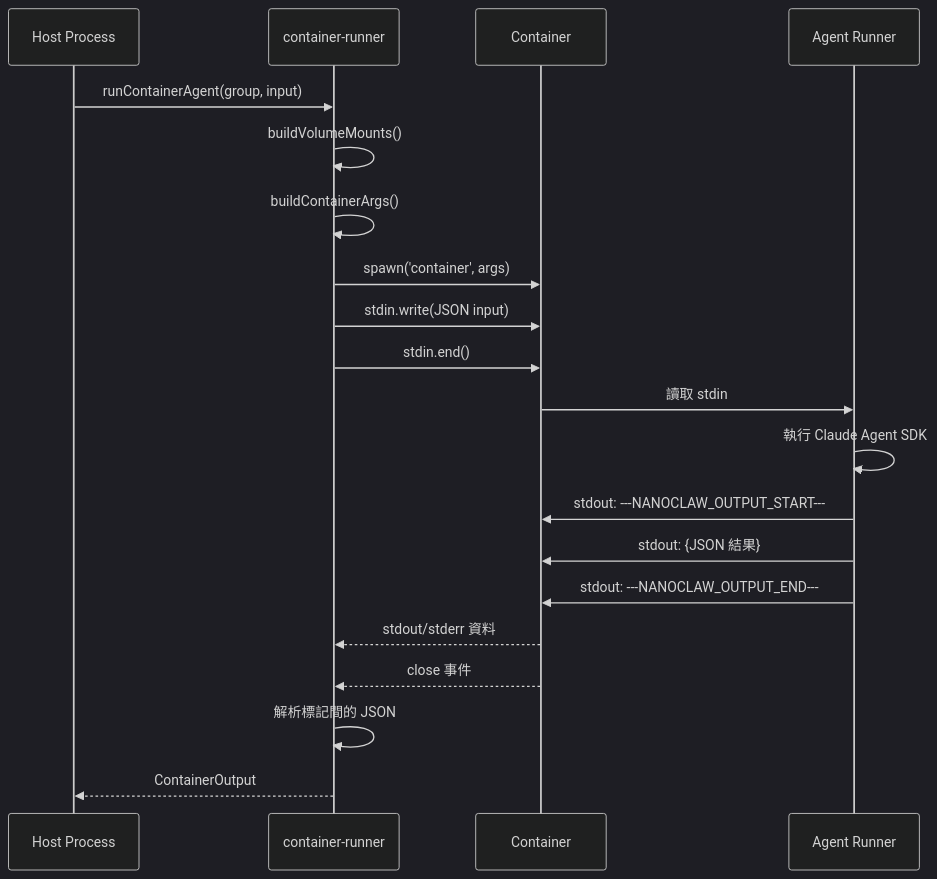
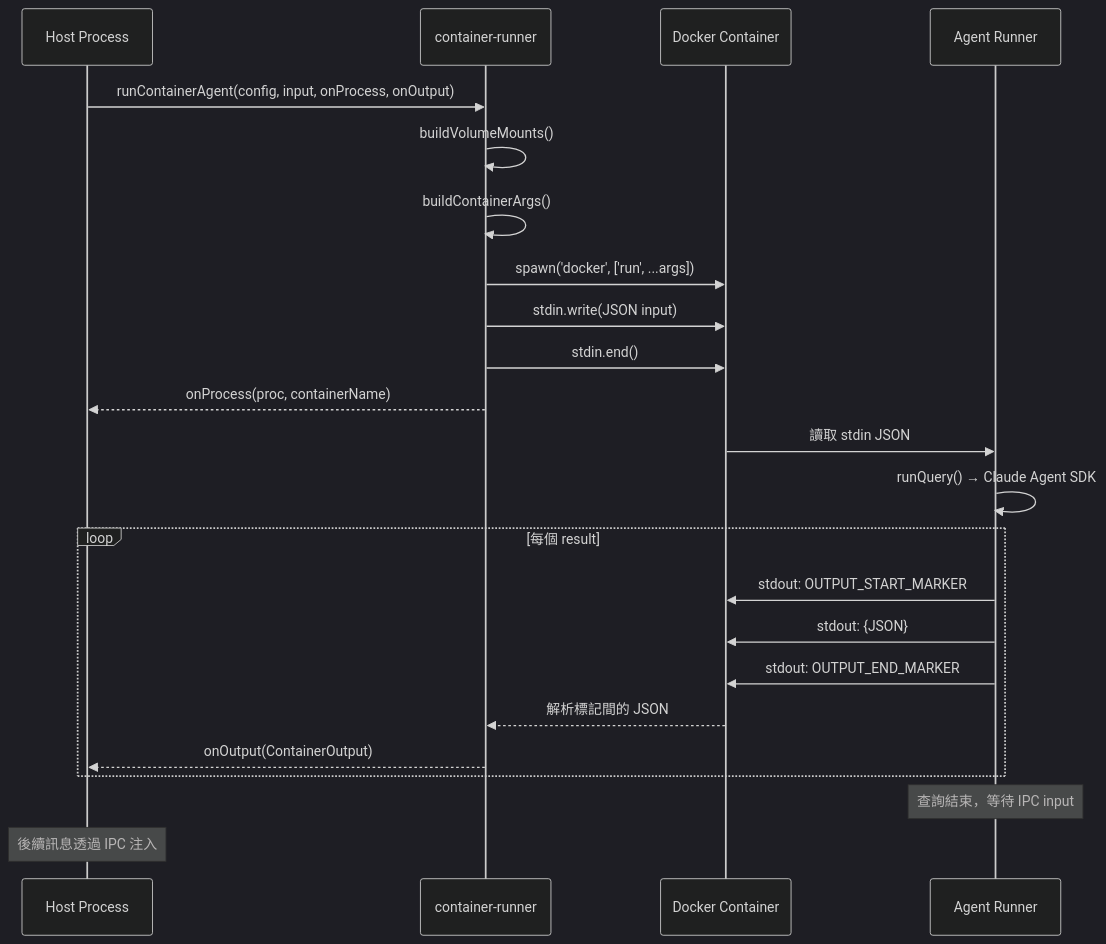
One commit to shunwork/nanoclaw changed diagram 11 of 39 in tutorial/TUTORIAL.md. Above: the diagram before and after it, drawn with Mermaid (dark theme). The commit also changed other lines of this file and 18 other files, not shown here.

````diff
--- a/tutorial/TUTORIAL.md
+++ b/tutorial/TUTORIAL.md
@@ -583,25 +636,29 @@
 ```mermaid
 sequenceDiagram
     participant Host as Host Process
     participant CR as container-runner
-    participant C as Container
+    participant C as Docker Container
     participant Agent as Agent Runner
 
-    Host->>CR: runContainerAgent(group, input)
+    Host->>CR: runContainerAgent(config, input, onProcess, onOutput)
     CR->>CR: buildVolumeMounts()
     CR->>CR: buildContainerArgs()
-    CR->>C: spawn('container', args)
+    CR->>C: spawn('docker', ['run', ...args])
     CR->>C: stdin.write(JSON input)
     CR->>C: stdin.end()
+    CR-->>Host: onProcess(proc, containerName)
 
-    C->>Agent: 讀取 stdin
-    Agent->>Agent: 執行 Claude Agent SDK
-    Agent->>C: stdout: ---NANOCLAW_OUTPUT_START---
-    Agent->>C: stdout: {JSON 結果}
-    Agent->>C: stdout: ---NANOCLAW_OUTPUT_END---
+    C->>Agent: 讀取 stdin JSON
+    Agent->>Agent: runQuery() → Claude Agent SDK
 
-    C-->>CR: stdout/stderr 資料
-    C-->>CR: close 事件
-    CR->>CR: 解析標記間的 JSON
-    CR-->>Host: ContainerOutput
+    loop 每個 result
+        Agent->>C: stdout: OUTPUT_START_MARKER
+        Agent->>C: stdout: {JSON}
+        Agent->>C: stdout: OUTPUT_END_MARKER
+        C-->>CR: 解析標記間的 JSON
+        CR-->>Host: onOutput(ContainerOutput)
+    end
+
+    Note over Agent: 查詢結束，等待 IPC input
+    Note over Host: 後續訊息透過 IPC 注入
 ```
````
